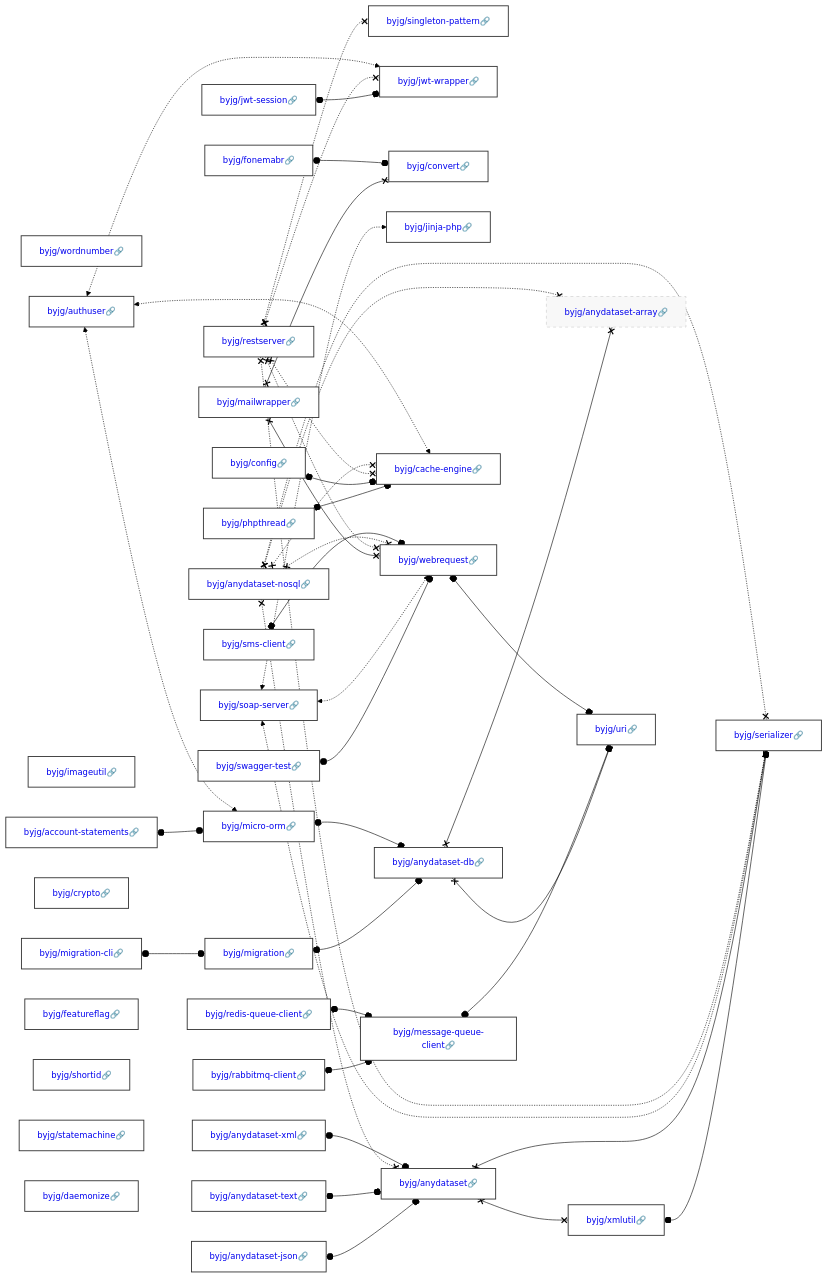
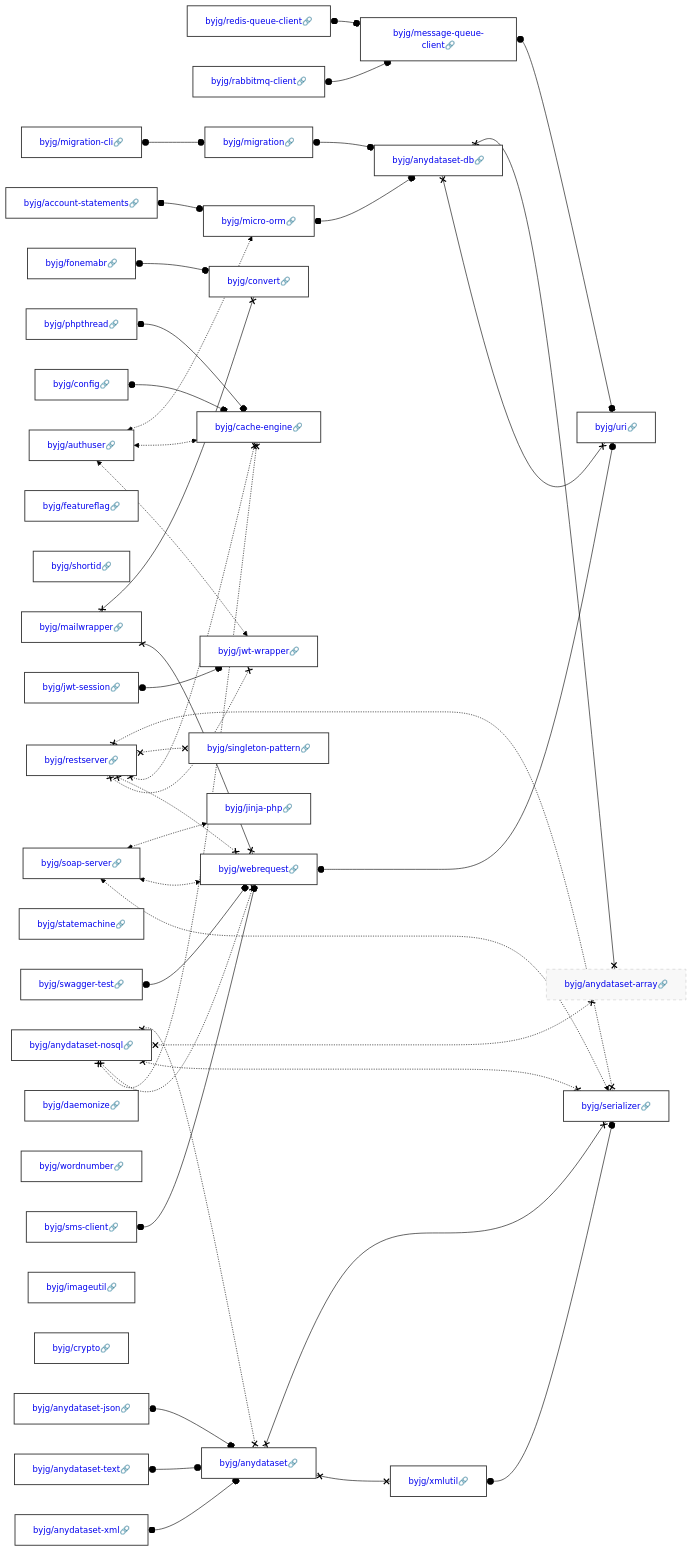
Before and after one commit to byjg/byjg.github.io: the diagram in docs/php/README.md, drawn with Mermaid (forest theme). The commit also changed other lines of this file and 1 other file, not shown here.

Commit message:
Update documentation 'php' 'php-jwt-session'

````diff
--- a/docs/php/README.md
+++ b/docs/php/README.md
@@ -3,40 +3,40 @@
 ```mermaid
 graph LR;
-  byjg/wordnumber[<a href='https://opensource.byjg.com/docs/php/wordnumber' style='text-decoration:none'>byjg/wordnumber🔗</a>];
+  byjg/migration-cli[<a href='https://opensource.byjg.com/docs/php/migration-cli' style='text-decoration:none'>byjg/migration-cli🔗</a>];
+  byjg/authuser[<a href='https://opensource.byjg.com/docs/php/authuser' style='text-decoration:none'>byjg/authuser🔗</a>];
+  byjg/soap-server[<a href='https://opensource.byjg.com/docs/php/soap-server' style='text-decoration:none'>byjg/soap-server🔗</a>];
+  byjg/anydataset-nosql[<a href='https://opensource.byjg.com/docs/php/anydataset-nosql' style='text-decoration:none'>byjg/anydataset-nosql🔗</a>];
   byjg/phpthread[<a href='https://opensource.byjg.com/docs/php/phpthread' style='text-decoration:none'>byjg/phpthread🔗</a>];
-  byjg/rabbitmq-client[<a href='https://opensource.byjg.com/docs/php/rabbitmq-client' style='text-decoration:none'>byjg/rabbitmq-client🔗</a>];
-  byjg/anydataset-xml[<a href='https://opensource.byjg.com/docs/php/anydataset-xml' style='text-decoration:none'>byjg/anydataset-xml🔗</a>];
-  byjg/fonemabr[<a href='https://opensource.byjg.com/docs/php/fonemabr' style='text-decoration:none'>byjg/fonemabr🔗</a>];
-  byjg/migration-cli[<a href='https://opensource.byjg.com/docs/php/migration-cli' style='text-decoration:none'>byjg/migration-cli🔗</a>];
-  byjg/imageutil[<a href='https://opensource.byjg.com/docs/php/imageutil' style='text-decoration:none'>byjg/imageutil🔗</a>];
   byjg/jwt-session[<a href='https://opensource.byjg.com/docs/php/jwt-session' style='text-decoration:none'>byjg/jwt-session🔗</a>];
-  byjg/account-statements[<a href='https://opensource.byjg.com/docs/php/account-statements' style='text-decoration:none'>byjg/account-statements🔗</a>];
-  byjg/restserver[<a href='https://opensource.byjg.com/docs/php/restserver' style='text-decoration:none'>byjg/restserver🔗</a>];
-  byjg/config[<a href='https://opensource.byjg.com/docs/php/config' style='text-decoration:none'>byjg/config🔗</a>];
-  byjg/sms-client[<a href='https://opensource.byjg.com/docs/php/sms-client' style='text-decoration:none'>byjg/sms-client🔗</a>];
-  byjg/crypto[<a href='https://opensource.byjg.com/docs/php/crypto' style='text-decoration:none'>byjg/crypto🔗</a>];
-  byjg/anydataset-text[<a href='https://opensource.byjg.com/docs/php/anydataset-text' style='text-decoration:none'>byjg/anydataset-text🔗</a>];
-  byjg/authuser[<a href='https://opensource.byjg.com/docs/php/authuser' style='text-decoration:none'>byjg/authuser🔗</a>];
-  byjg/swagger-test[<a href='https://opensource.byjg.com/docs/php/swagger-test' style='text-decoration:none'>byjg/swagger-test🔗</a>];
-  byjg/anydataset-json[<a href='https://opensource.byjg.com/docs/php/anydataset-json' style='text-decoration:none'>byjg/anydataset-json🔗</a>];
-  byjg/mailwrapper[<a href='https://opensource.byjg.com/docs/php/mailwrapper' style='text-decoration:none'>byjg/mailwrapper🔗</a>];
   byjg/featureflag[<a href='https://opensource.byjg.com/docs/php/featureflag' style='text-decoration:none'>byjg/featureflag🔗</a>];
   byjg/shortid[<a href='https://opensource.byjg.com/docs/php/shortid' style='text-decoration:none'>byjg/shortid🔗</a>];
+  byjg/config[<a href='https://opensource.byjg.com/docs/php/config' style='text-decoration:none'>byjg/config🔗</a>];
+  byjg/account-statements[<a href='https://opensource.byjg.com/docs/php/account-statements' style='text-decoration:none'>byjg/account-statements🔗</a>];
+  byjg/fonemabr[<a href='https://opensource.byjg.com/docs/php/fonemabr' style='text-decoration:none'>byjg/fonemabr🔗</a>];
+  byjg/mailwrapper[<a href='https://opensource.byjg.com/docs/php/mailwrapper' style='text-decoration:none'>byjg/mailwrapper🔗</a>];
   byjg/statemachine[<a href='https://opensource.byjg.com/docs/php/statemachine' style='text-decoration:none'>byjg/statemachine🔗</a>];
-  byjg/soap-server[<a href='https://opensource.byjg.com/docs/php/soap-server' style='text-decoration:none'>byjg/soap-server🔗</a>];
-  byjg/anydataset-nosql[<a href='https://opensource.byjg.com/docs/php/anydataset-nosql' style='text-decoration:none'>byjg/anydataset-nosql🔗</a>];
+  byjg/anydataset-text[<a href='https://opensource.byjg.com/docs/php/anydataset-text' style='text-decoration:none'>byjg/anydataset-text🔗</a>];
+  byjg/restserver[<a href='https://opensource.byjg.com/docs/php/restserver' style='text-decoration:none'>byjg/restserver🔗</a>];
+  byjg/daemonize[<a href='https://opensource.byjg.com/docs/php/daemonize' style='text-decoration:none'>byjg/daemonize🔗</a>];
   byjg/redis-queue-client[<a href='https://opensource.byjg.com/docs/php/redis-queue-client' style='text-decoration:none'>byjg/redis-queue-client🔗</a>];
-  byjg/daemonize[<a href='https://opensource.byjg.com/docs/php/daemonize' style='text-decoration:none'>byjg/daemonize🔗</a>];
+  byjg/wordnumber[<a href='https://opensource.byjg.com/docs/php/wordnumber' style='text-decoration:none'>byjg/wordnumber🔗</a>];
+  byjg/sms-client[<a href='https://opensource.byjg.com/docs/php/sms-client' style='text-decoration:none'>byjg/sms-client🔗</a>];
+  byjg/rabbitmq-client[<a href='https://opensource.byjg.com/docs/php/rabbitmq-client' style='text-decoration:none'>byjg/rabbitmq-client🔗</a>];
+  byjg/imageutil[<a href='https://opensource.byjg.com/docs/php/imageutil' style='text-decoration:none'>byjg/imageutil🔗</a>];
+  byjg/crypto[<a href='https://opensource.byjg.com/docs/php/crypto' style='text-decoration:none'>byjg/crypto🔗</a>];
+  byjg/anydataset-json[<a href='https://opensource.byjg.com/docs/php/anydataset-json' style='text-decoration:none'>byjg/anydataset-json🔗</a>];
+  byjg/swagger-test[<a href='https://opensource.byjg.com/docs/php/swagger-test' style='text-decoration:none'>byjg/swagger-test🔗</a>];
+  byjg/anydataset-xml[<a href='https://opensource.byjg.com/docs/php/anydataset-xml' style='text-decoration:none'>byjg/anydataset-xml🔗</a>];
   byjg/migration[<a href='https://opensource.byjg.com/docs/php/migration' style='text-decoration:none'>byjg/migration🔗</a>];
+  byjg/jinja-php[<a href='https://opensource.byjg.com/docs/php/jinja-php' style='text-decoration:none'>byjg/jinja-php🔗</a>];
+  byjg/micro-orm[<a href='https://opensource.byjg.com/docs/php/micro-orm' style='text-decoration:none'>byjg/micro-orm🔗</a>];
+  byjg/convert[<a href='https://opensource.byjg.com/docs/php/convert' style='text-decoration:none'>byjg/convert🔗</a>];
   byjg/singleton-pattern[<a href='https://opensource.byjg.com/docs/php/singleton-pattern' style='text-decoration:none'>byjg/singleton-pattern🔗</a>];
-  byjg/micro-orm[<a href='https://opensource.byjg.com/docs/php/micro-orm' style='text-decoration:none'>byjg/micro-orm🔗</a>];
+  byjg/cache-engine[<a href='https://opensource.byjg.com/docs/php/cache-engine' style='text-decoration:none'>byjg/cache-engine🔗</a>];
   byjg/jwt-wrapper[<a href='https://opensource.byjg.com/docs/php/jwt-wrapper' style='text-decoration:none'>byjg/jwt-wrapper🔗</a>];
-  byjg/convert[<a href='https://opensource.byjg.com/docs/php/convert' style='text-decoration:none'>byjg/convert🔗</a>];
-  byjg/jinja-php[<a href='https://opensource.byjg.com/docs/php/jinja-php' style='text-decoration:none'>byjg/jinja-php🔗</a>];
+  byjg/message-queue-client[<a href='https://opensource.byjg.com/docs/php/message-queue-client' style='text-decoration:none'>byjg/message-queue-client🔗</a>];
+  byjg/webrequest[<a href='https://opensource.byjg.com/docs/php/webrequest' style='text-decoration:none'>byjg/webrequest🔗</a>];
   byjg/anydataset[<a href='https://opensource.byjg.com/docs/php/anydataset' style='text-decoration:none'>byjg/anydataset🔗</a>];
-  byjg/webrequest[<a href='https://opensource.byjg.com/docs/php/webrequest' style='text-decoration:none'>byjg/webrequest🔗</a>];
-  byjg/cache-engine[<a href='https://opensource.byjg.com/docs/php/cache-engine' style='text-decoration:none'>byjg/cache-engine🔗</a>];
-  byjg/message-queue-client[<a href='https://opensource.byjg.com/docs/php/message-queue-client' style='text-decoration:none'>byjg/message-queue-client🔗</a>];
   byjg/anydataset-db[<a href='https://opensource.byjg.com/docs/php/anydataset-db' style='text-decoration:none'>byjg/anydataset-db🔗</a>];
   byjg/xmlutil[<a href='https://opensource.byjg.com/docs/php/xmlutil' style='text-decoration:none'>byjg/xmlutil🔗</a>];
   byjg/anydataset-array[<a href='https://opensource.byjg.com/docs/php/anydataset-array' style='text-decoration:none'>byjg/anydataset-array🔗</a>];
````
